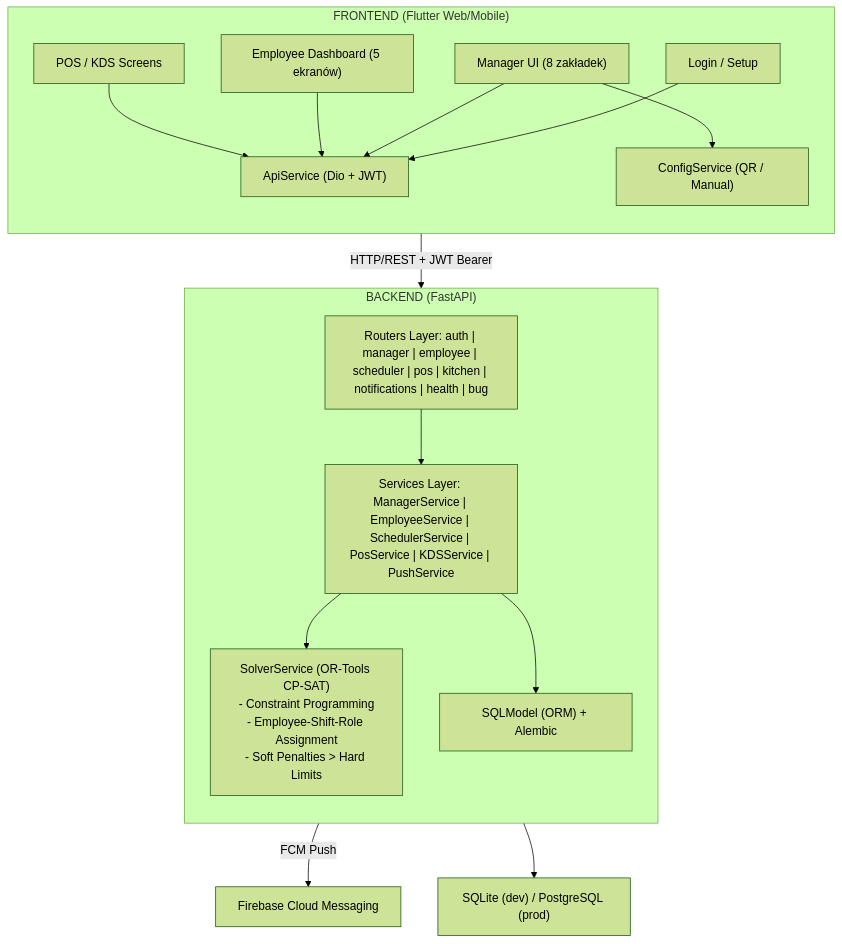
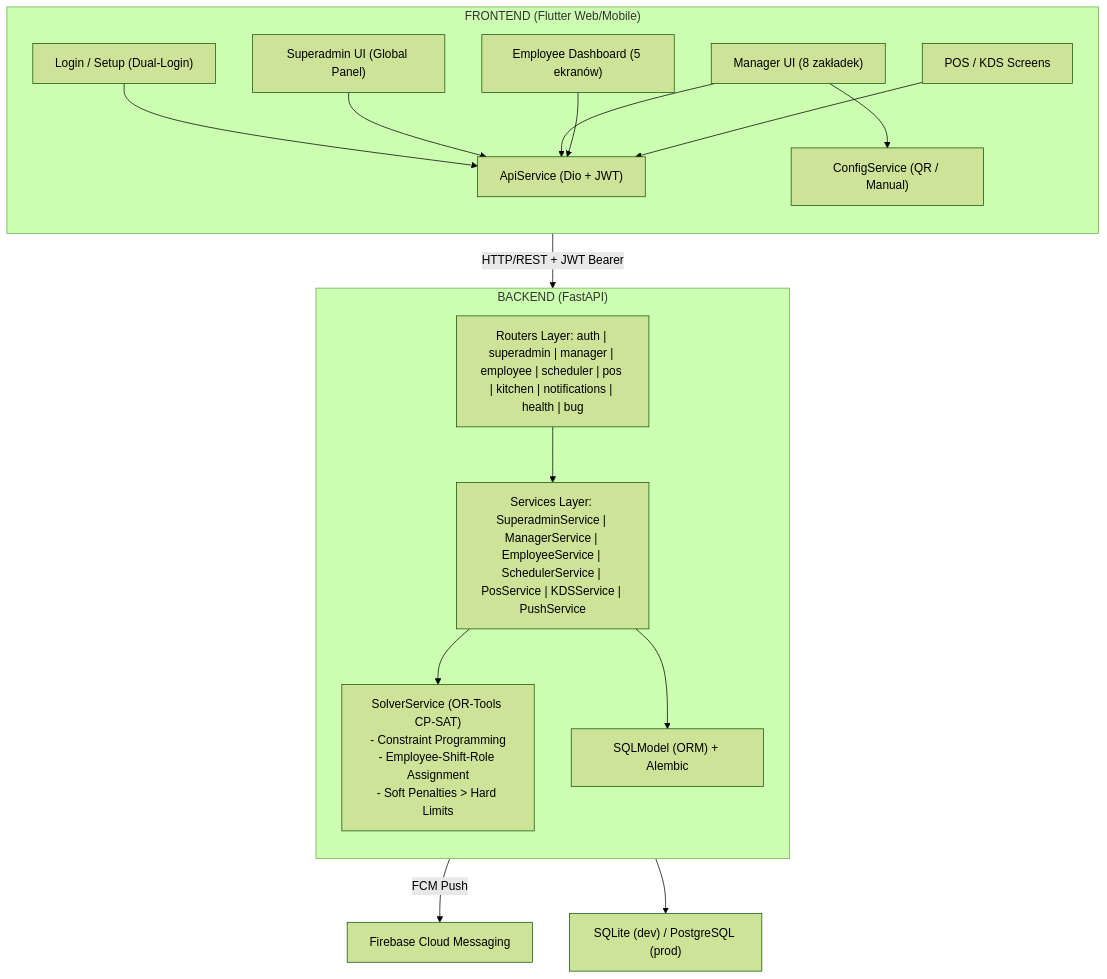
The first of 5 diagrams in ARCHITECTURE.md (mwieclawek/PlannerV2), drawn with Mermaid (forest theme) before and after one commit. The commit also changed other lines of this file, not shown here.

Commit message:
docs: update ARCHITECTURE.md with multi-tenant schema and superadmin

````diff
--- a/ARCHITECTURE.md
+++ b/ARCHITECTURE.md
@@ -5,35 +27,37 @@
 ```mermaid
 graph TD
     subgraph FRONTEND["FRONTEND (Flutter Web/Mobile)"]
         direction TB
-        LOGIN["Login / Setup"]
+        LOGIN["Login / Setup (Dual-Login)"]
+        SUPERADMIN_UI["Superadmin UI (Global Panel)"]
         MANAGER_UI["Manager UI (8 zakładek)"]
         EMPLOYEE_UI["Employee Dashboard (5 ekranów)"]
         POS_UI["POS / KDS Screens"]
         API_SVC["ApiService (Dio + JWT)"]
         CONFIG_SVC["ConfigService (QR / Manual)"]
 
         LOGIN --> API_SVC
+        SUPERADMIN_UI --> API_SVC
         MANAGER_UI --> API_SVC
         EMPLOYEE_UI --> API_SVC
         POS_UI --> API_SVC
         MANAGER_UI --> CONFIG_SVC
     end
 
     API_SVC -- "HTTP/REST + JWT Bearer" --> ROUTERS
 
     subgraph BACKEND["BACKEND (FastAPI)"]
         direction TB
-        ROUTERS["Routers Layer: auth | manager | employee | scheduler | pos | kitchen | notifications | health | bug"]
-        SERVICES["Services Layer: ManagerService | EmployeeService | SchedulerService | PosService | KDSService | PushService"]
+        ROUTERS["Routers Layer: auth | superadmin | manager | employee | scheduler | pos | kitchen | notifications | health | bug"]
+        SERVICES["Services Layer: SuperadminService | ManagerService | EmployeeService | SchedulerService | PosService | KDSService | PushService"]
         SOLVER["SolverService (OR-Tools CP-SAT)\n- Constraint Programming\n- Employee-Shift-Role Assignment\n- Soft Penalties > Hard Limits"]
         ORM["SQLModel (ORM) + Alembic"]
 
         ROUTERS --> SERVICES
         SERVICES --> SOLVER
         SERVICES --> ORM
     end
 
     SERVICES -- "FCM Push" --> FCM["Firebase Cloud Messaging"]
     ORM --> DB["SQLite (dev) / PostgreSQL (prod)"]
 ```
````
